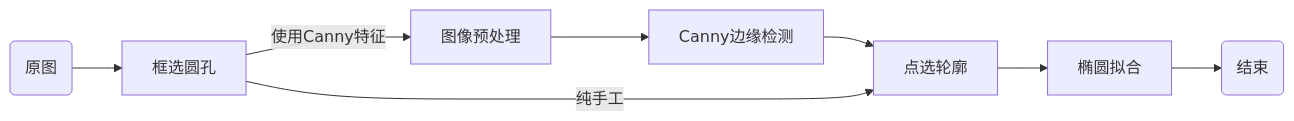
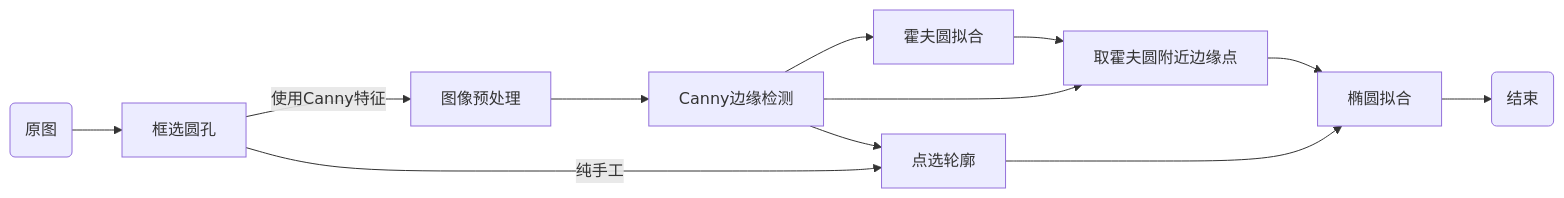
One commit to KoapT/annotation_tool changed the diagram in README.MD. Above: the diagram before and after it, drawn with Mermaid. The commit also changed other lines of this file and 3 other files, not shown here.

Commit message:
1. 在框选roi区域后、点选标注前，增加功能：可使用霍夫圆检测算法自动标注圆孔轮廓。 2. 增加了一张测试图。

````diff
--- a/README.MD
+++ b/README.MD
@@ -11,10 +11,14 @@
 ```mermaid
 flowchart LR
      A(原图)--> B[框选圆孔]
      B--使用Canny特征-->C[图像预处理]
      C-->D[Canny边缘检测]
      D-->E[点选轮廓]
+     D-->N[霍夫圆拟合]
+     N-->M[取霍夫圆附近边缘点]
+     D-->M
+     M-->F
      E-->F[椭圆拟合]
      F-->H(结束)
      B--纯手工-->E
 ```
````
